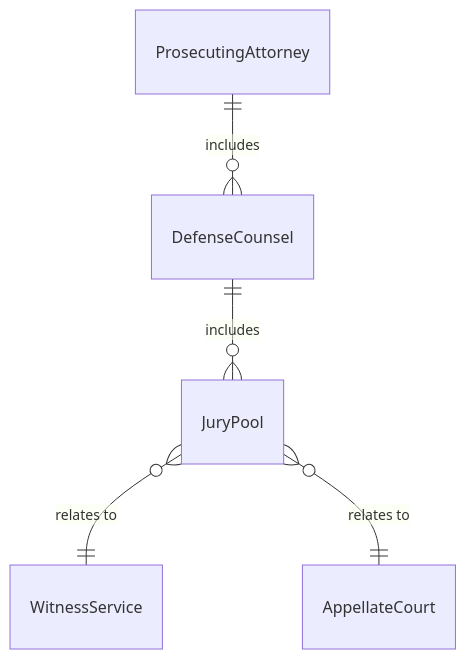
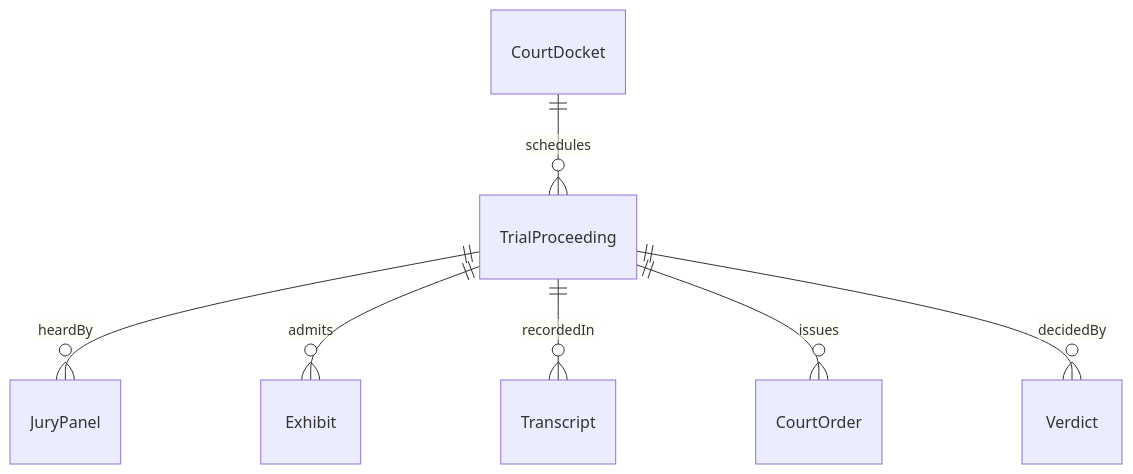
The first of 4 diagrams in GuidingDirectingAndMotivatingSubordinates/DirectLegalActivities/DirectCourtroomActivitiesProcedures.mdx (dot-org-ai/tasks.org.ai), drawn with Mermaid before and after one commit. The commit also changed other lines of this file and 515 other files, not shown here.

````diff
--- a/GuidingDirectingAndMotivatingSubordinates/DirectLegalActivities/DirectCourtroomActivitiesProcedures.mdx
+++ b/GuidingDirectingAndMotivatingSubordinates/DirectLegalActivities/DirectCourtroomActivitiesProcedures.mdx
@@ -92,7 +92,9 @@
 ```mermaid
 erDiagram
-    ProsecutingAttorney ||--o{ DefenseCounsel : includes
-    DefenseCounsel ||--o{ JuryPool : includes
-    JuryPool }o--|| WitnessService : "relates to"
-    JuryPool }o--|| AppellateCourt : "relates to"
+    CourtDocket ||--o{ TrialProceeding : schedules
+    TrialProceeding ||--o{ JuryPanel : heardBy
+    TrialProceeding ||--o{ Exhibit : admits
+    TrialProceeding ||--o{ Transcript : recordedIn
+    TrialProceeding ||--o{ CourtOrder : issues
+    TrialProceeding ||--o{ Verdict : decidedBy
 ```
````
